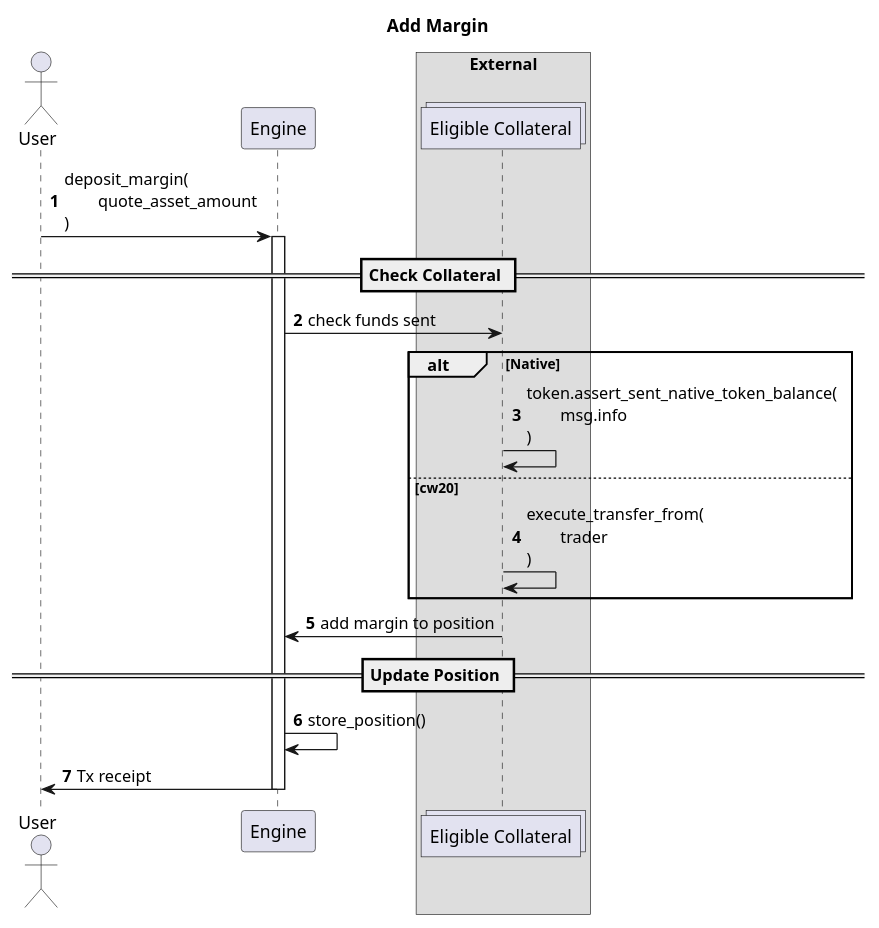
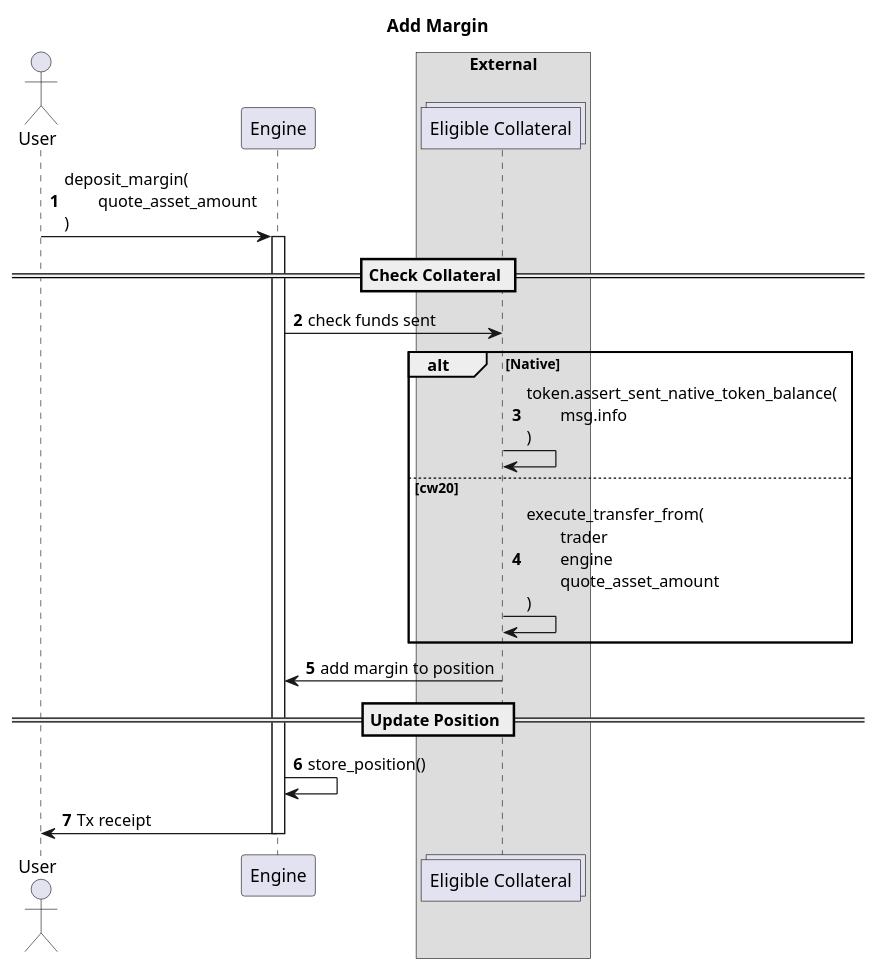
One commit to margined-protocol/docs changed the diagram in architecture/diagrams/add-margin.puml. Above: the diagram before and after it, drawn with PlantUML. The commit also changed 17 other files, not shown here.

Commit message:
finished diagrams, no pay-funding yet

```diff
--- a/architecture/diagrams/add-margin.puml
+++ b/architecture/diagrams/add-margin.puml
@@ -1,35 +1,35 @@
 @startuml
 
 autonumber
 actor User    
 
 participant "Engine" as engine
 
 box "External"
     collections "Eligible Collateral" as token
 end box
 
 
 title Add Margin
 User -> engine : deposit_margin(\n\tquote_asset_amount\n)
 activate engine
 
 == Check Collateral ==
 
 engine -> token : check funds sent
 alt Native
     token -> token : token.assert_sent_native_token_balance(\n\tmsg.info\n)
 else cw20
-    token -> token : execute_transfer_from(\n\ttrader\n)
+    token -> token : execute_transfer_from(\n\ttrader\n\tengine\n\tquote_asset_amount\n)
 end
 
 token -> engine : add margin to position
 
 == Update Position ==
 
 engine -> engine : store_position()
 
 engine -> User : Tx receipt
 deactivate engine
 
 @enduml
```
